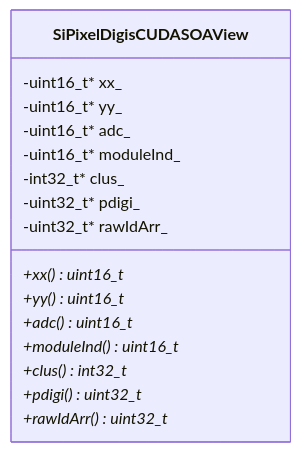
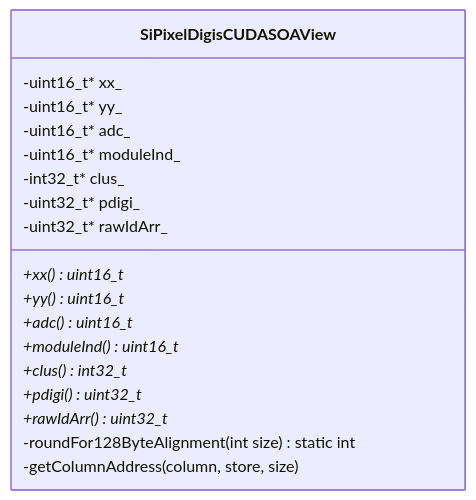
Before and after one commit to CMSTrackerDPG/cms-tkdpg-software-knowledge-transfer: the diagram in docs/cmssw/gpu/SiPixelDigisCUDASOAView.md, drawn with Mermaid. The commit also changed other lines of this file, not shown here.

````diff
--- a/docs/cmssw/gpu/SiPixelDigisCUDASOAView.md
+++ b/docs/cmssw/gpu/SiPixelDigisCUDASOAView.md
@@ -24,20 +26,22 @@
 ```mermaid
 classDiagram
 	class SiPixelDigisCUDASOAView{
 		-uint16_t* xx_
 		-uint16_t* yy_		
 		-uint16_t* adc_		
 		-uint16_t* moduleInd_		
 		-int32_t* clus_				
 		-uint32_t* pdigi_
 		-uint32_t* rawIdArr_		
 		
 		+xx() uint16_t*
 		+yy() uint16_t*		
 		+adc() uint16_t*		
 		+moduleInd() uint16_t*		
 		+clus() int32_t*		
 		+pdigi() uint32_t*				
-		+rawIdArr() uint32_t*						
+		+rawIdArr() uint32_t*	
+		-roundFor128ByteAlignment(int size) static int
+		-getColumnAddress(column, store, size)
 }
 ```
````
